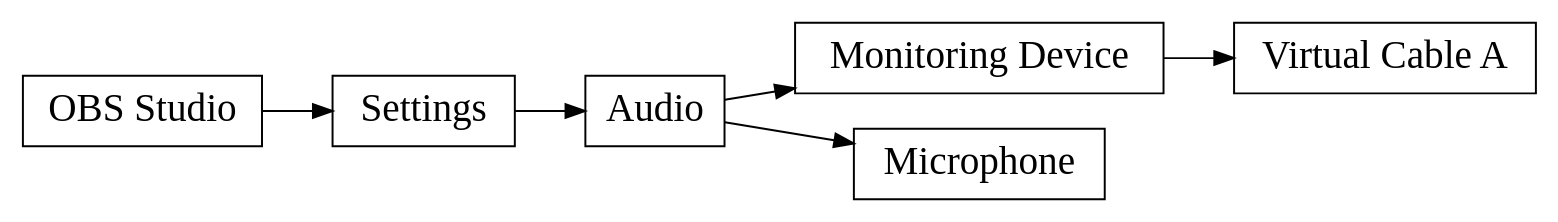
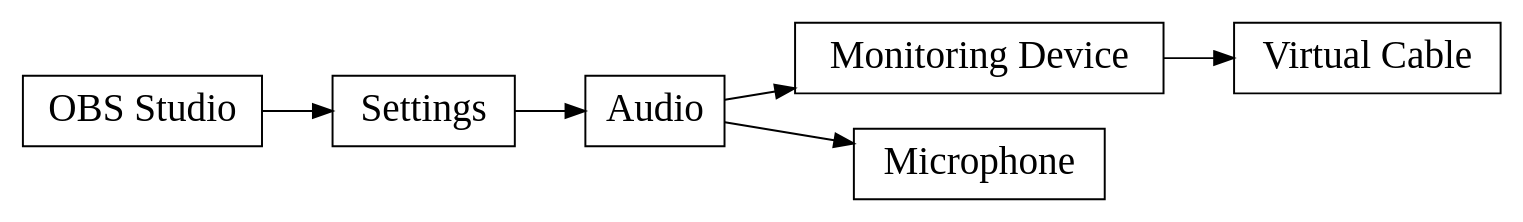
One commit to NapoleonWils0n/cerberus changed the first of 8 diagrams in obs-studio/obs-diagram.org. Above: the diagram before and after it, drawn with Graphviz. The commit also changed other lines of this file, not shown here.

Commit message:
obs diagram

```diff
--- a/obs-studio/obs-diagram.org
+++ b/obs-studio/obs-diagram.org
@@ -4,21 +4,21 @@
 #+BEGIN_SRC dot :file audio-settings-windows-mac.png :cmdline -Kdot -Tpng
 digraph {
 // graph from left to right
 rankdir=LR;
 splines=true;
 node [shape=box fontname="Sans serif" fontsize="20"];
 edge [style=solid];
 
 // nodes
 obs [label="OBS Studio"]
 settings [label="Settings"]
 audio [label="Audio"]
 monitordevice [label="Monitoring Device"]
-virtualmic [label="Virtual Cable A"]
+virtualmic [label="Virtual Cable"]
 mic [label="Microphone"]
 
 // graph
 obs -> settings -> audio -> {mic monitordevice};
 monitordevice -> virtualmic;
 }
 #+END_SRC
```
